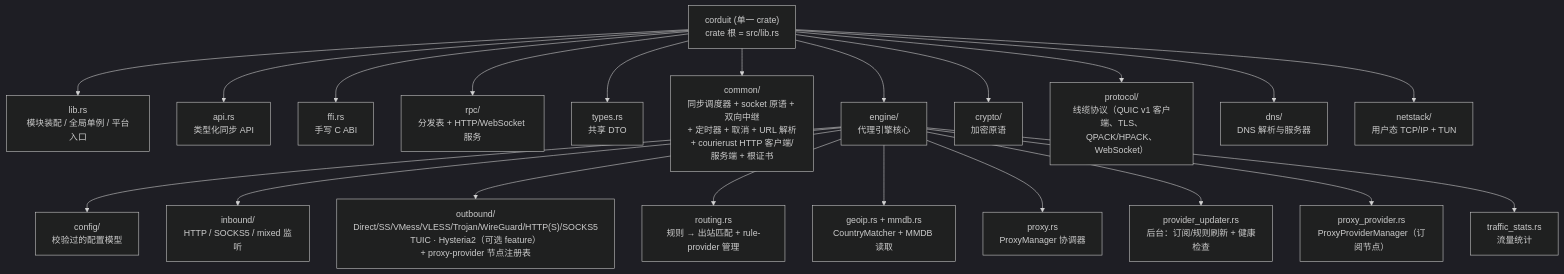
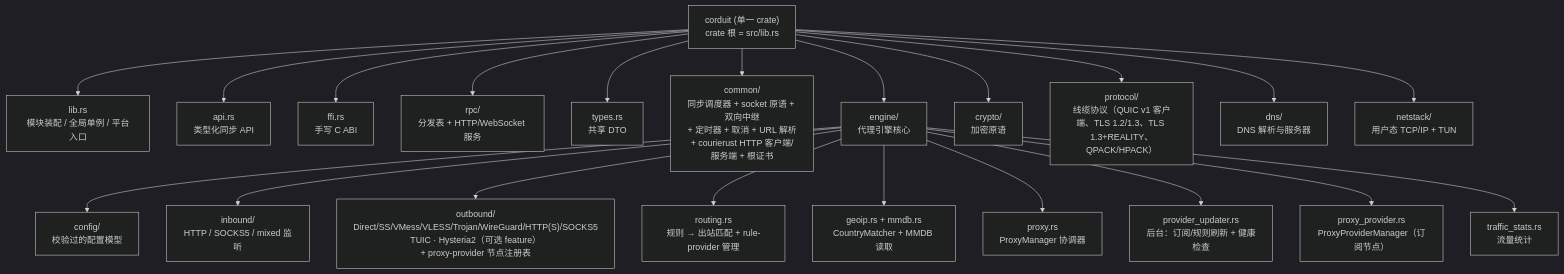
Before and after one commit to blueokanna/Corduit: the first of 6 diagrams in wiki/Architecture.md, drawn with Mermaid (dark theme). The commit also changed 39 other files, not shown here.

First line of the commit message:
Add TLS 1.3 client and REALITY support behind tls13/reality features

````diff
--- a/wiki/Architecture.md
+++ b/wiki/Architecture.md
@@ -7,26 +7,26 @@
 ```mermaid
 flowchart TB
     ROOT["corduit (单一 crate)<br/>crate 根 = src/lib.rs"]
 
     ROOT --> LIB["lib.rs<br/>模块装配 / 全局单例 / 平台入口"]
     ROOT --> API["api.rs<br/>类型化同步 API"]
     ROOT --> FFI["ffi.rs<br/>手写 C ABI"]
     ROOT --> RPC["rpc/<br/>分发表 + HTTP/WebSocket 服务"]
     ROOT --> TYPES["types.rs<br/>共享 DTO"]
     ROOT --> COMMON["common/<br/>同步调度器 + socket 原语 + 双向中继<br/>+ 定时器 + 取消 + URL 解析<br/>+ courierust HTTP 客户端/服务端 + 根证书"]
     ROOT --> ENGINE["engine/<br/>代理引擎核心"]
     ROOT --> CRYPTO["crypto/<br/>加密原语"]
-    ROOT --> PROTOCOL["protocol/<br/>线缆协议（QUIC v1 客户端、TLS、QPACK/HPACK、WebSocket）"]
+    ROOT --> PROTOCOL["protocol/<br/>线缆协议（QUIC v1 客户端、TLS 1.2/1.3、TLS 1.3+REALITY、QPACK/HPACK）"]
     ROOT --> DNS["dns/<br/>DNS 解析与服务器"]
     ROOT --> NETSTACK["netstack/<br/>用户态 TCP/IP + TUN"]
 
     ENGINE --> EC["config/<br/>校验过的配置模型"]
     ENGINE --> EI["inbound/<br/>HTTP / SOCKS5 / mixed 监听"]
     ENGINE --> EO["outbound/<br/>Direct/SS/VMess/VLESS/Trojan/WireGuard/HTTP(S)/SOCKS5<br/>TUIC · Hysteria2（可选 feature）<br/>+ proxy-provider 节点注册表"]
     ENGINE --> ER["routing.rs<br/>规则 → 出站匹配 + rule-provider 管理"]
     ENGINE --> EG["geoip.rs + mmdb.rs<br/>CountryMatcher + MMDB 读取"]
     ENGINE --> EP["proxy.rs<br/>ProxyManager 协调器"]
     ENGINE --> EU["provider_updater.rs<br/>后台：订阅/规则刷新 + 健康检查"]
     ENGINE --> EPP["proxy_provider.rs<br/>ProxyProviderManager（订阅节点）"]
     ENGINE --> ET["traffic_stats.rs<br/>流量统计"]
 ```
````
